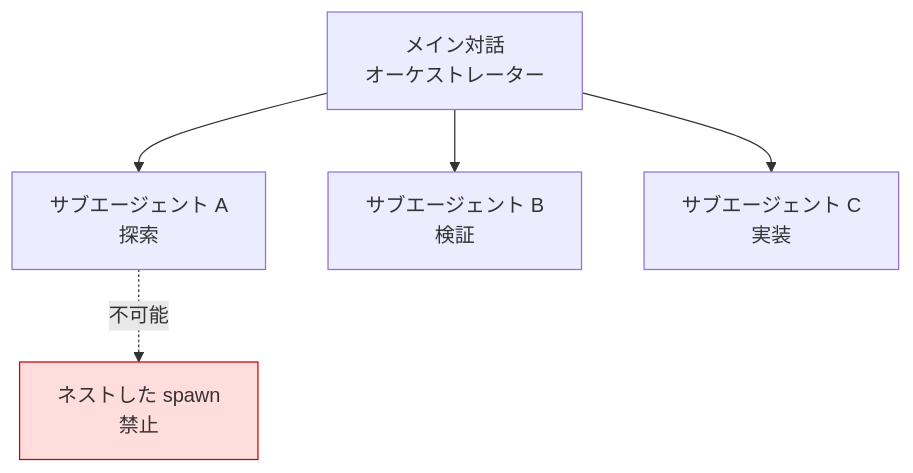
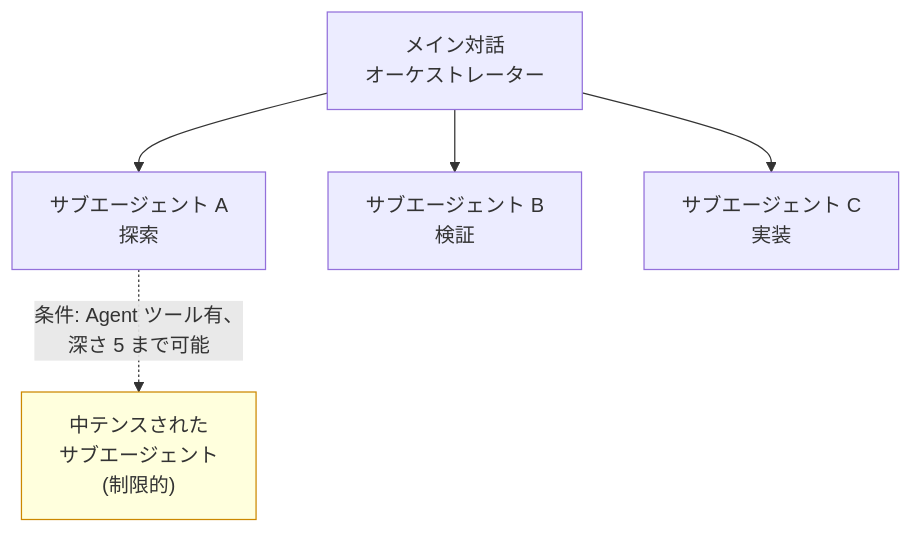
One commit to modu-ai/moai-adk changed the diagram in docs-site/content/ja/claude-code/agentic/sub-agents.md. Above: the diagram before and after it, drawn with Mermaid. The commit also changed other lines of this file and 3 other files, not shown here.

````diff
--- a/docs-site/content/ja/claude-code/agentic/sub-agents.md
+++ b/docs-site/content/ja/claude-code/agentic/sub-agents.md
@@ -41,8 +52,8 @@
 ```mermaid
 flowchart TD
     M[メイン対話<br/>オーケストレーター] --> A[サブエージェント A<br/>探索]
     M --> B[サブエージェント B<br/>検証]
     M --> C[サブエージェント C<br/>実装]
-    A -.->|不可能| X[ネストした spawn<br/>禁止]
-    style X fill:#fdd,stroke:#c00
+    A -.->|条件: Agent ツール有、<br/>深さ 5 まで可能| X["中テンスされた<br/>サブエージェント<br/>(制限的)"]
+    style X fill:#ffd,stroke:#c80
 ```
````
